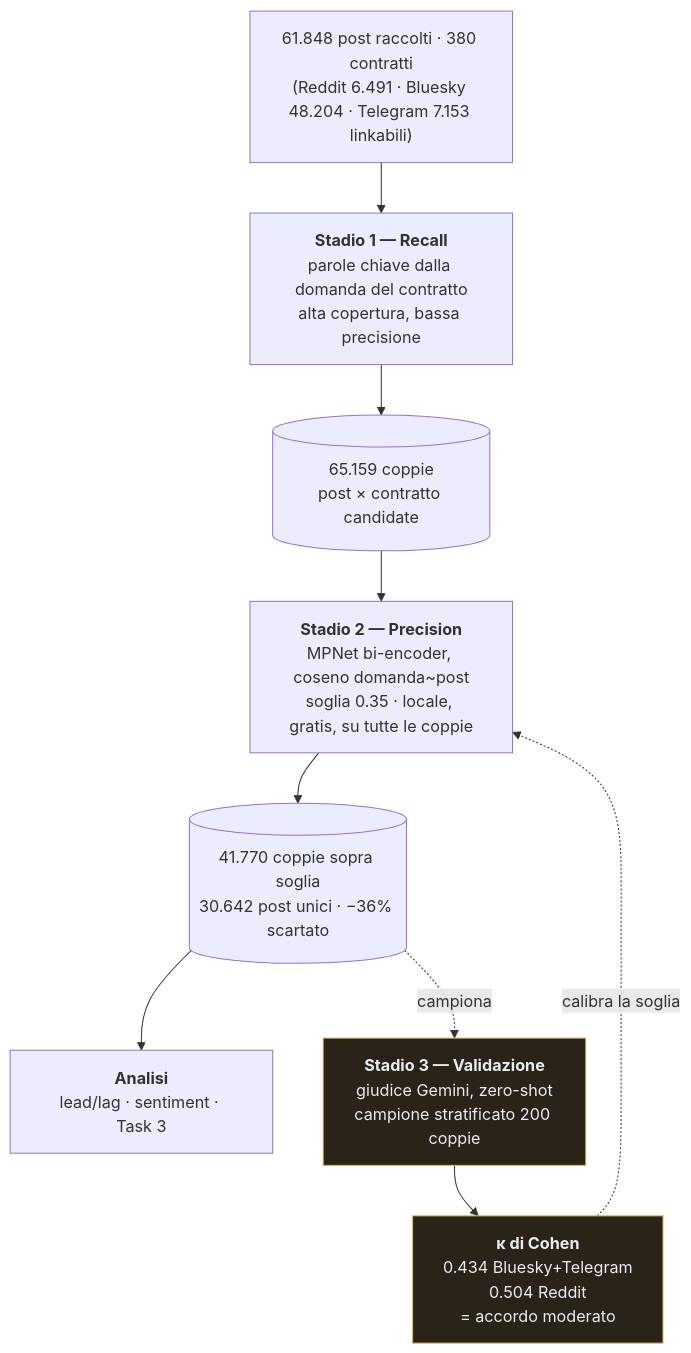
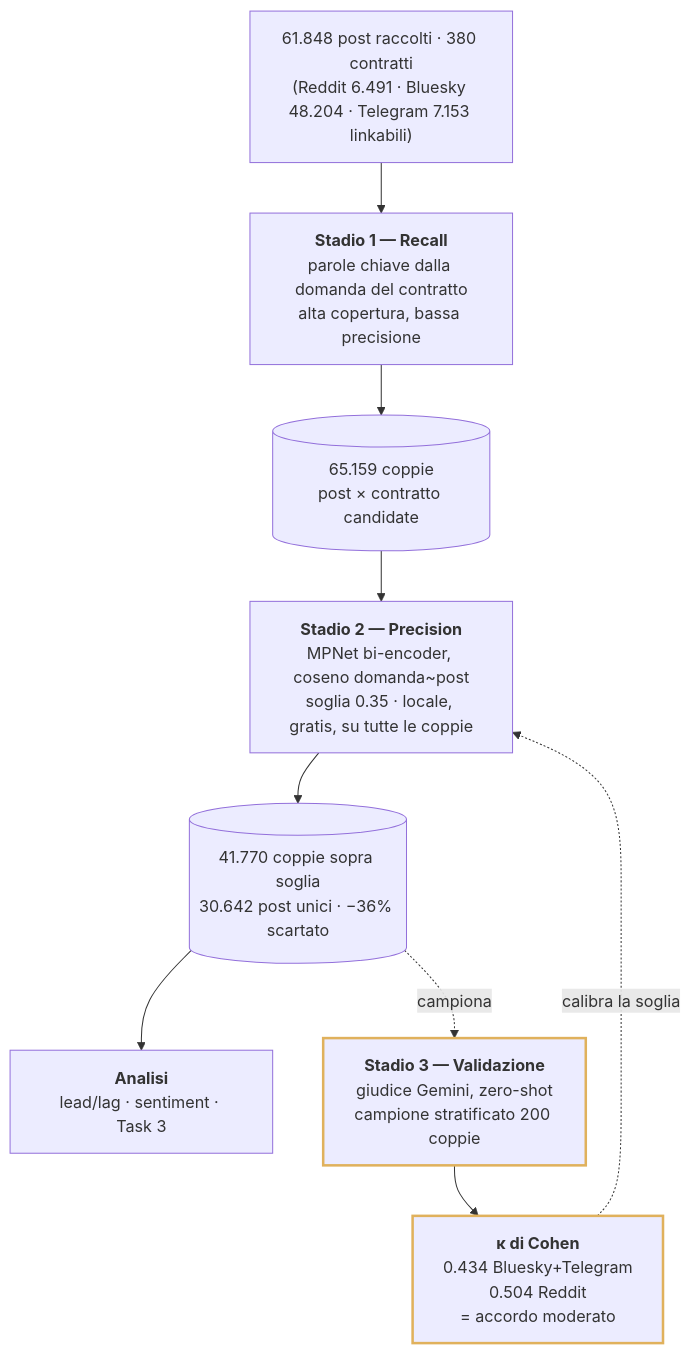
One commit to MassimoMarrone/bigdata-polymarket changed the second of 3 diagrams in deploy/site/content/relazione.md. Above: the diagram before and after it, drawn with Mermaid. The commit also changed other lines of this file and 1 other file, not shown here.

````diff
--- a/deploy/site/content/relazione.md
+++ b/deploy/site/content/relazione.md
@@ -193,19 +192,20 @@
 ```mermaid
 flowchart TB
   A["61.848 post raccolti · 380 contratti<br/>(Reddit 6.491 · Bluesky 48.204 · Telegram 7.153 linkabili)"]
   B["<b>Stadio 1 — Recall</b><br/>parole chiave dalla domanda del contratto<br/>alta copertura, bassa precisione"]
   C[("65.159 coppie<br/>post × contratto candidate")]
   D["<b>Stadio 2 — Precision</b><br/>MPNet bi-encoder, coseno domanda~post<br/>soglia 0.35 · locale, gratis, su tutte le coppie"]
   E[("41.770 coppie sopra soglia<br/>30.642 post unici · −36% scartato")]
   F["<b>Analisi</b><br/>lead/lag · sentiment · Task 3"]
 
   J["<b>Stadio 3 — Validazione</b><br/>giudice Gemini, zero-shot<br/>campione stratificato 200 coppie"]
   K["<b>κ di Cohen</b><br/>0.434 Bluesky+Telegram<br/>0.504 Reddit<br/>= accordo moderato"]
 
   A --> B --> C --> D --> E --> F
   E -.->|"campiona"| J --> K
   K -.->|"calibra la soglia"| D
 
-  style J fill:#2A2418,stroke:#E0B15C,color:#E8ECF4
-  style K fill:#2A2418,stroke:#E0B15C,color:#E8ECF4
+  %% solo il bordo: il riempimento lo decide il tema (scuro sul sito, chiaro nel PDF)
+  style J stroke:#E0B15C,stroke-width:2.5px
+  style K stroke:#E0B15C,stroke-width:2.5px
 ```
````
